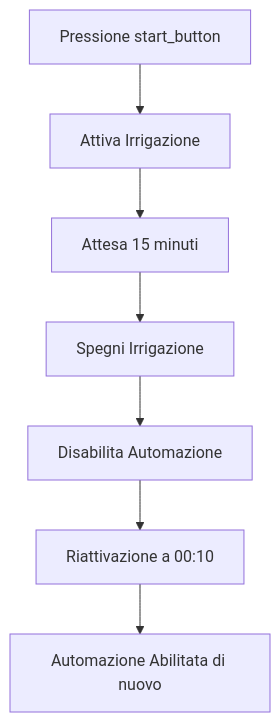
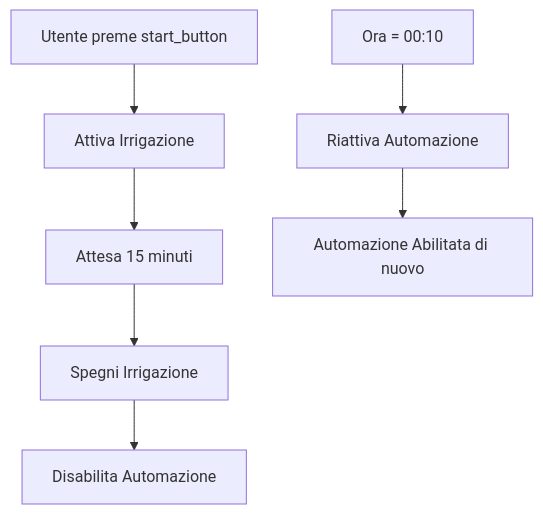
The second of 2 diagrams in patterns/single run.md (msillano/IoTwebUI), drawn with Mermaid before and after one commit. The commit also changed other lines of this file, not shown here.

````diff
--- a/patterns/single run.md
+++ b/patterns/single run.md
@@ -182,9 +86,9 @@
 ```mermaid
 graph TD;
-    A[Pressione start_button] --> B[Attiva Irrigazione];
+    Start[Utente preme start_button] --> B[Attiva Irrigazione];
     B --> C[Attesa 15 minuti];
     C --> D[Spegni Irrigazione];
     D --> E[Disabilita Automazione];
-    E --> F[Riattivazione a 00:10];
-    F --> G[Automazione Abilitata di nuovo]
+    X[Ora = 00:10] --> Y[Riattiva Automazione];
+    Y --> Z[Automazione Abilitata di nuovo]
 ```
````
